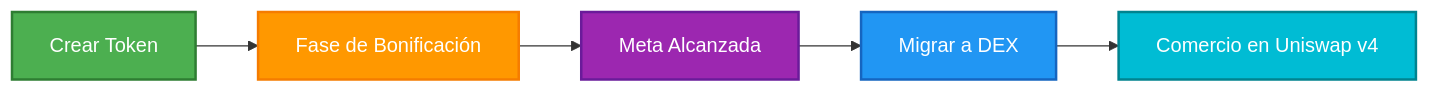
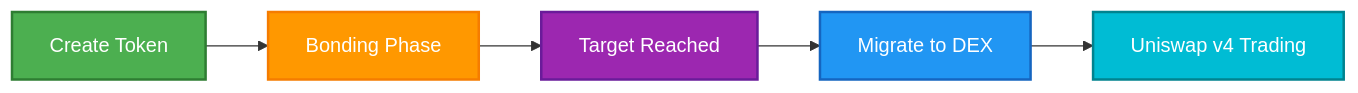
The diagram in docs/es/bondkit/introduction.mdx (b3-fun/b3), drawn with Mermaid before and after one commit. The commit also changed other lines of this file and 95 other files, not shown here.

````diff
--- a/docs/es/bondkit/introduction.mdx
+++ b/docs/es/bondkit/introduction.mdx
@@ -41,13 +41,13 @@
 ```mermaid
 graph LR
-    A[Crear Token] --> B[Fase de Bonificación]
-    B --> C[Meta Alcanzada]
-    C --> D[Migrar a DEX]
-    D --> E[Comercio en Uniswap v4]
+    A[Create Token] --> B[Bonding Phase]
+    B --> C[Target Reached]
+    C --> D[Migrate to DEX]
+    D --> E[Uniswap v4 Trading]
     
     style A fill:#4CAF50,stroke:#2E7D32,stroke-width:2px,color:#fff
     style B fill:#FF9800,stroke:#F57C00,stroke-width:2px,color:#fff
     style C fill:#9C27B0,stroke:#6A1B9A,stroke-width:2px,color:#fff
     style D fill:#2196F3,stroke:#1565C0,stroke-width:2px,color:#fff
     style E fill:#00BCD4,stroke:#00838F,stroke-width:2px,color:#fff
 ```
````
